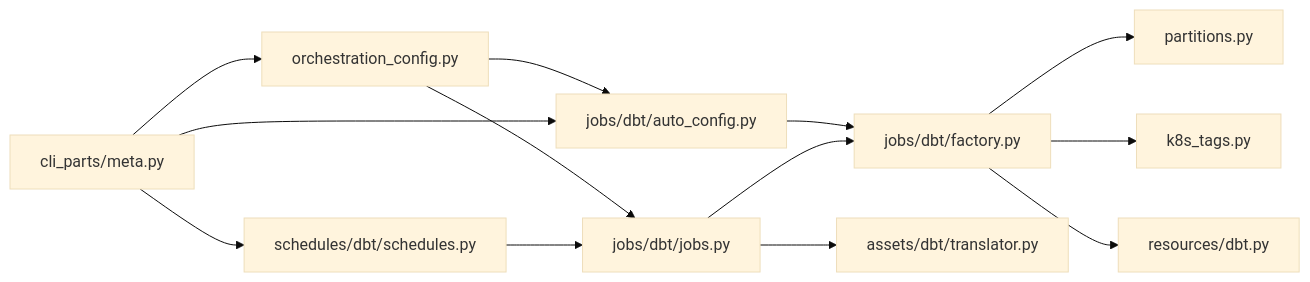
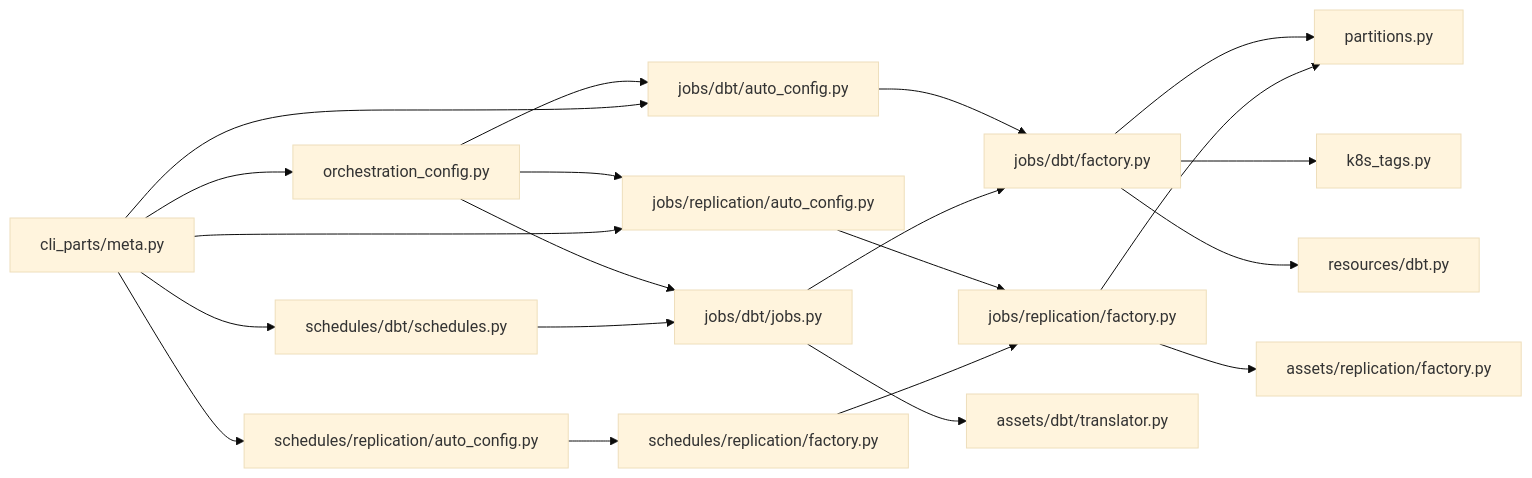
Before and after one commit to metasync/dbt-dagsterizer: the fifth of 7 diagrams in .qoder/repowiki/en/content/Job Orchestration/Job Orchestration.md, drawn with Mermaid (base theme). The commit also changed other lines of this file and 2 other files, not shown here.

````diff
--- a/.qoder/repowiki/en/content/Job Orchestration/Job Orchestration.md
+++ b/.qoder/repowiki/en/content/Job Orchestration/Job Orchestration.md
@@ -307,15 +404,23 @@
 ```mermaid
 graph LR
 OCfg["orchestration_config.py"] --> JAuto["jobs/dbt/auto_config.py"]
 OCfg --> JJobs["jobs/dbt/jobs.py"]
+OCfg --> JRepAuto["jobs/replication/auto_config.py"]
 JAuto --> JFactory["jobs/dbt/factory.py"]
 JJobs --> JFactory
+JRepAuto --> JRepFactory["jobs/replication/factory.py"]
 JFactory --> Part["partitions.py"]
 JFactory --> K8s["k8s_tags.py"]
 JFactory --> RDbt["resources/dbt.py"]
 JJobs --> Trans["assets/dbt/translator.py"]
+JRepFactory --> RepAssets["assets/replication/factory.py"]
+JRepFactory --> Part
 Sched["schedules/dbt/schedules.py"] --> JJobs
+SRepAuto["schedules/replication/auto_config.py"] --> SRepFactory["schedules/replication/factory.py"]
+SRepFactory --> JRepFactory
 Meta["cli_parts/meta.py"] --> OCfg
 Meta --> JAuto
+Meta --> JRepAuto
 Meta --> Sched
+Meta --> SRepAuto
 ```
````
